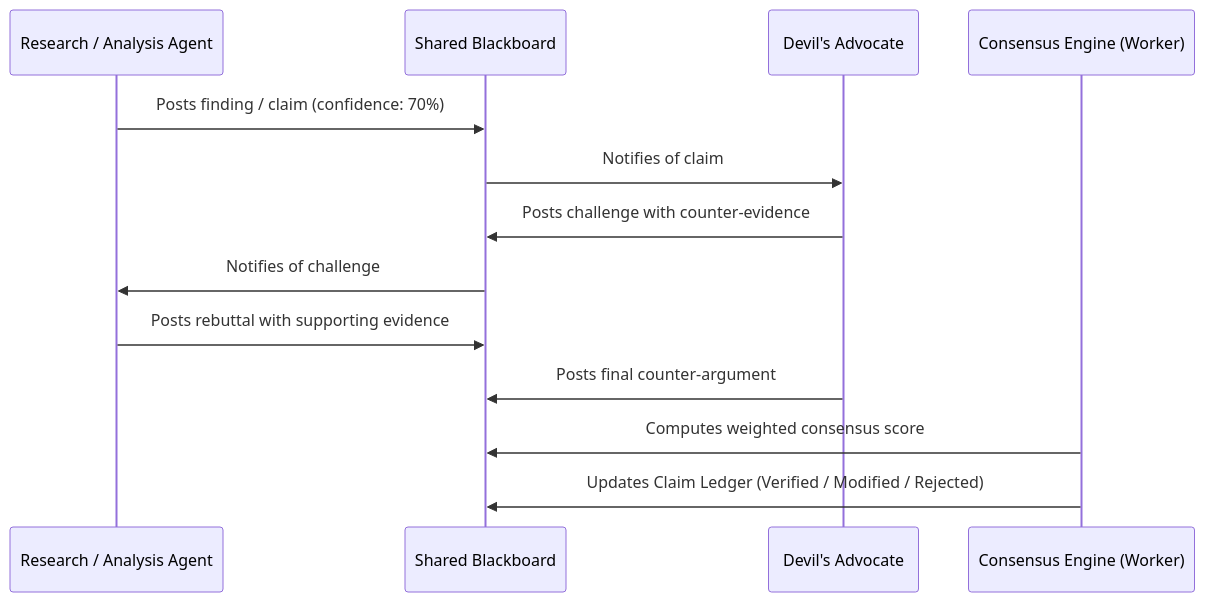
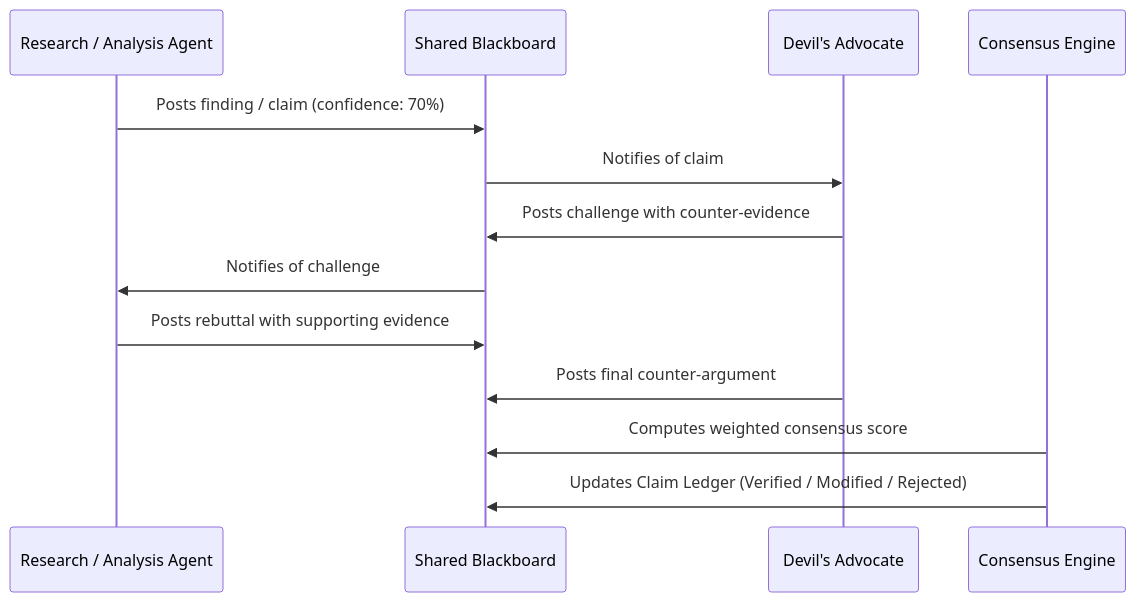
The third of 3 diagrams in README.md (siddarth1872004/nexus-research), drawn with Mermaid before and after one commit. The commit also changed other lines of this file and 73 other files, not shown here.

````diff
--- a/README.md
+++ b/README.md
@@ -152,16 +123,16 @@
 ```mermaid
 sequenceDiagram
     participant Agent as Research / Analysis Agent
     participant BB as Shared Blackboard
     participant DA as Devil's Advocate
-    participant CE as Consensus Engine (Worker)
+    participant CE as Consensus Engine
 
     Agent->>BB: Posts finding / claim (confidence: 70%)
     BB->>DA: Notifies of claim
     DA->>BB: Posts challenge with counter-evidence
     BB->>Agent: Notifies of challenge
     Agent->>BB: Posts rebuttal with supporting evidence
     DA->>BB: Posts final counter-argument
     CE->>BB: Computes weighted consensus score
     CE->>BB: Updates Claim Ledger (Verified / Modified / Rejected)
 ```
````
